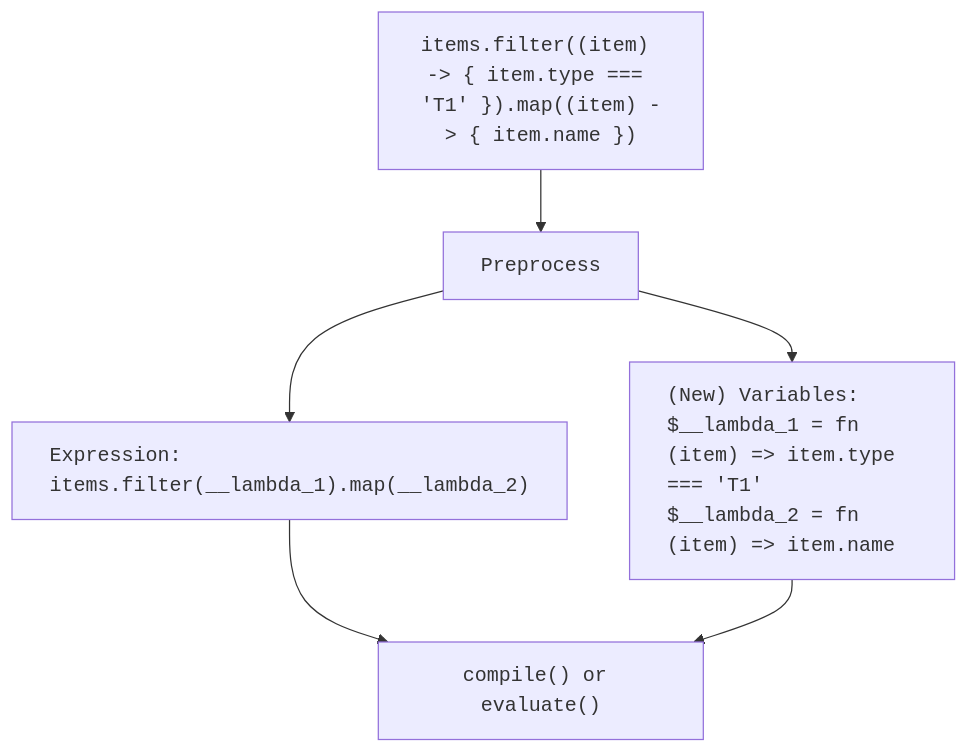
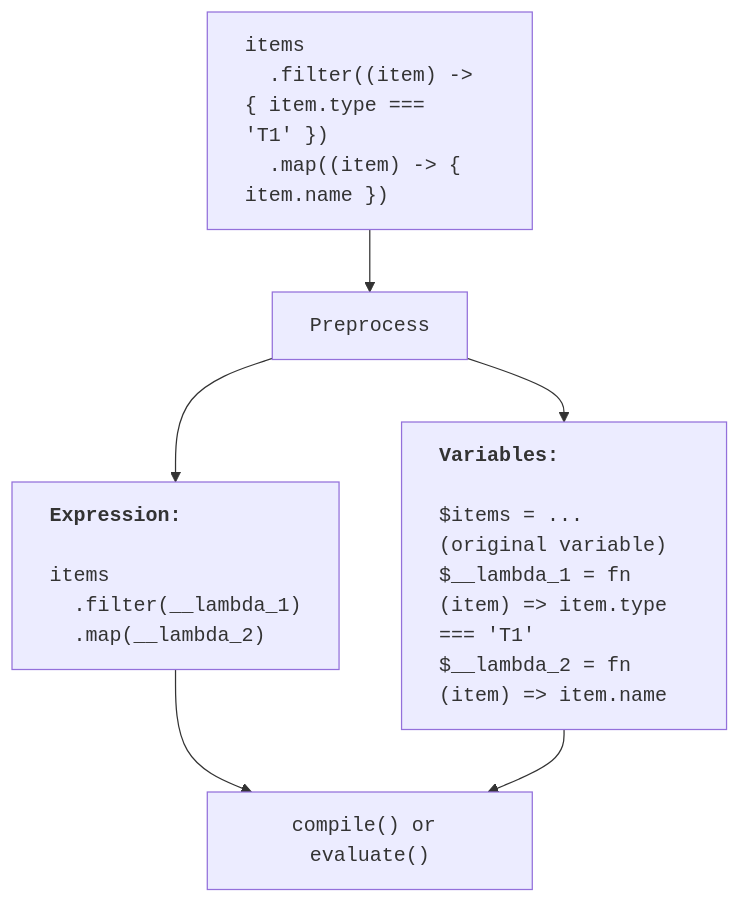
The diagram in README.md (uuf6429/expression-language-arrowfunc), drawn with Mermaid before and after one commit.

Commit message:
Tiny readme update (#8)

````diff
--- a/README.md
+++ b/README.md
@@ -30,11 +30,12 @@
 ```mermaid
 flowchart TD
-	A["items.filter((item) -> { item.type === 'T1' }).map((item) -> { item.name })"] --> B["Preprocess"]
-	B --> C["Expression:<br/>items.filter(__lambda_1).map(__lambda_2)"]
-	B --> D["(New) Variables:<br/>$__lambda_1 = fn (item) => item.type === 'T1'<br/>$__lambda_2 = fn (item) => item.name"]
+	A["items<br/>&nbsp;&nbsp;.filter((item) -> { item.type === 'T1' })<br/>&nbsp;&nbsp;.map((item) -> { item.name })"] --> B["Preprocess"]
+	B --> C["<b>Expression:</b><br/><br/>items<br/>&nbsp;&nbsp;.filter(__lambda_1)<br/>&nbsp;&nbsp;.map(__lambda_2)"]
+	B --> D["<b>Variables:</b><br/><br/>$items = ... (original variable)<br/>$__lambda_1 = fn (item) => item.type === 'T1'<br/>$__lambda_2 = fn (item) => item.name"]
 	C --> E["compile() or evaluate()"]
 	D --> E
 	classDef default font-family: monospace;
+	style A text-align: left;
 	style C text-align: left;
 	style D text-align: left;
 ```
````
